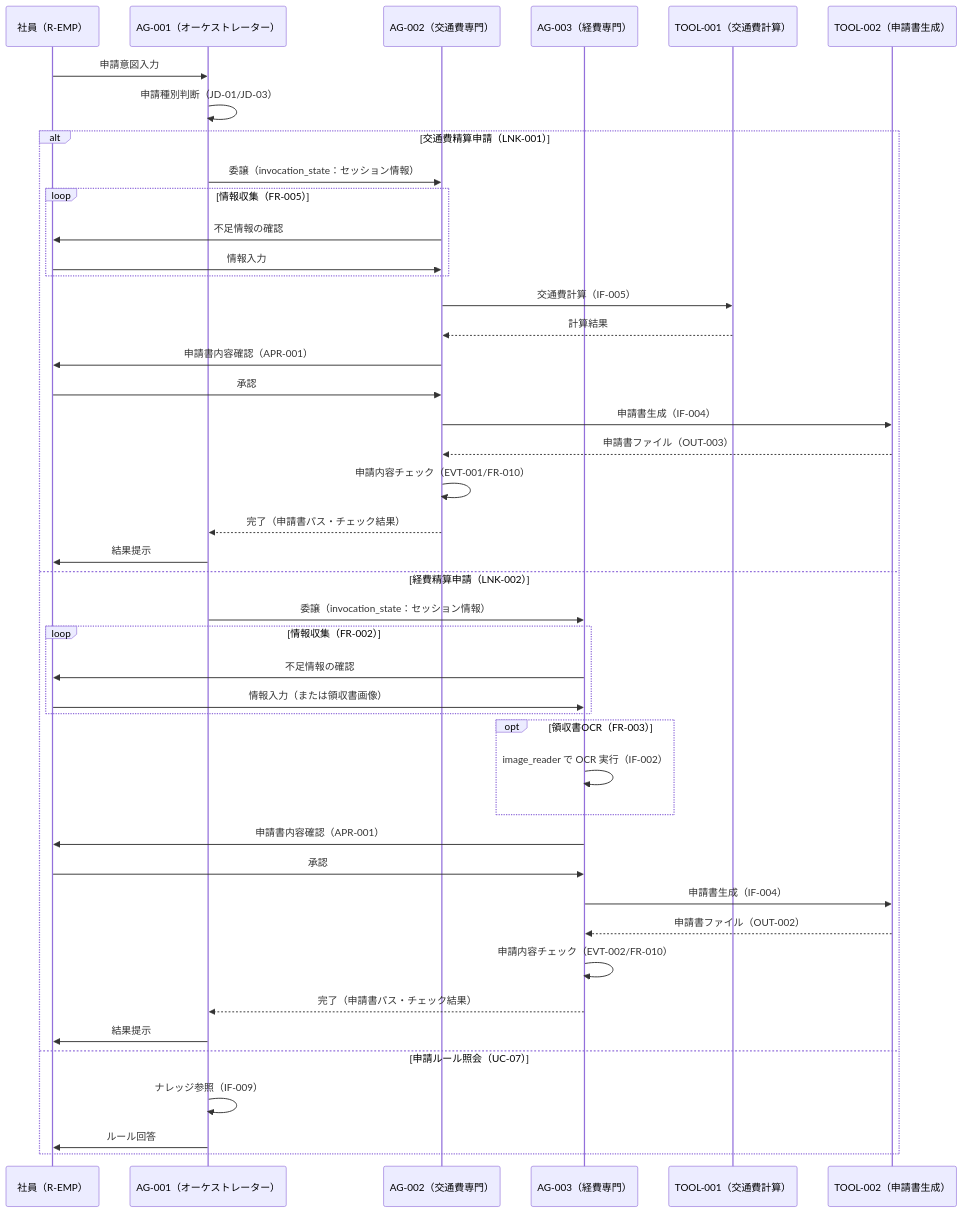
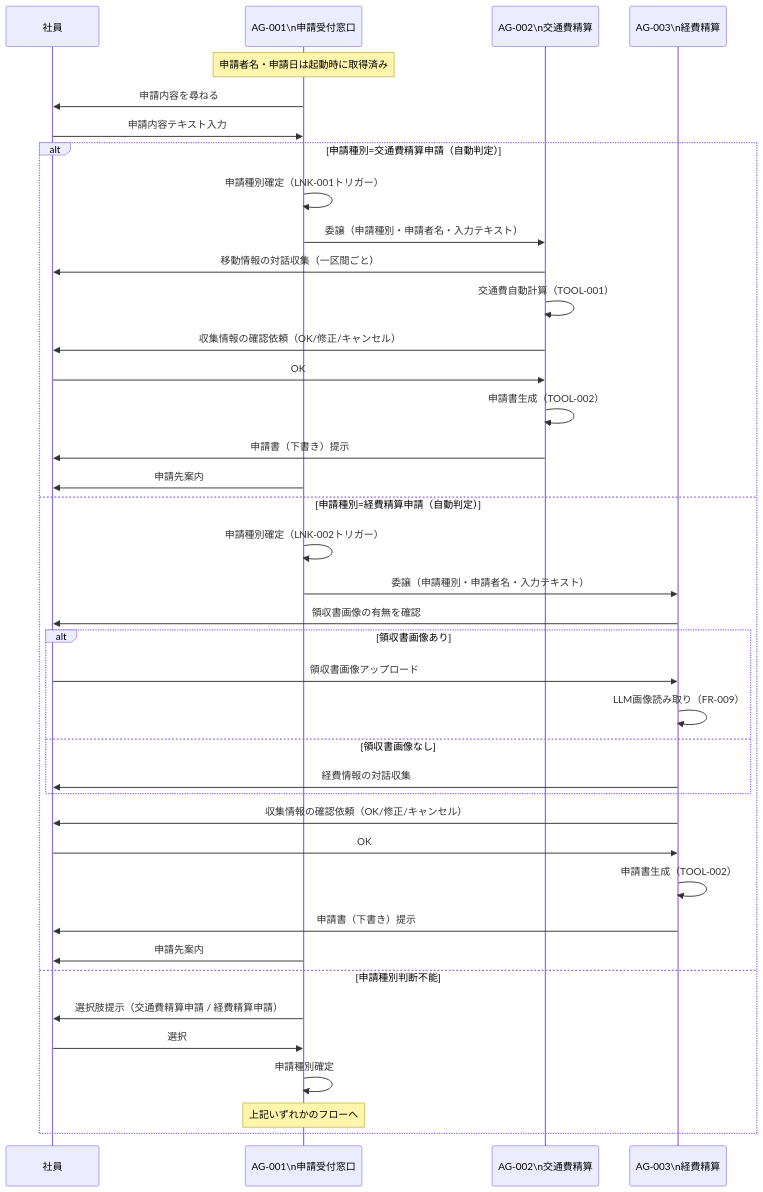
Before and after one commit to horii003/AIAgentBookCC: the diagram in artifacts/03_system-design/outputs/マルチエージェント連携設計.md, drawn with Mermaid. The commit also changed other lines of this file and 337 other files, not shown here.

````diff
--- a/artifacts/03_system-design/outputs/マルチエージェント連携設計.md
+++ b/artifacts/03_system-design/outputs/マルチエージェント連携設計.md
@@ -321,50 +310,43 @@
 ```mermaid
 sequenceDiagram
-    participant User as 社員（R-EMP）
-    participant AG001 as AG-001（オーケストレーター）
-    participant AG002 as AG-002（交通費専門）
-    participant AG003 as AG-003（経費専門）
-    participant TOOL001 as TOOL-001（交通費計算）
-    participant TOOL002 as TOOL-002（申請書生成）
+    participant 社員
+    participant AG001 as AG-001\n申請受付窓口
+    participant AG002 as AG-002\n交通費精算
+    participant AG003 as AG-003\n経費精算
 
-    User->>AG001: 申請意図入力
-    AG001->>AG001: 申請種別判断（JD-01/JD-03）
+    Note over AG001: 申請者名・申請日は起動時に取得済み
+    AG001->>社員: 申請内容を尋ねる
+    社員->>AG001: 申請内容テキスト入力
 
-    alt 交通費精算申請（LNK-001）
-        AG001->>AG002: 委譲（invocation_state：セッション情報）
-        loop 情報収集（FR-005）
-            AG002->>User: 不足情報の確認
-            User->>AG002: 情報入力
+    alt 申請種別=交通費精算申請（自動判定）
+        AG001->>AG001: 申請種別確定（LNK-001トリガー）
+        AG001->>AG002: 委譲（申請種別・申請者名・入力テキスト）
+        AG002->>社員: 移動情報の対話収集（一区間ごと）
+        AG002->>AG002: 交通費自動計算（TOOL-001）
+        AG002->>社員: 収集情報の確認依頼（OK/修正/キャンセル）
+        社員->>AG002: OK
+        AG002->>AG002: 申請書生成（TOOL-002）
+        AG002->>社員: 申請書（下書き）提示
+        AG001->>社員: 申請先案内
+    else 申請種別=経費精算申請（自動判定）
+        AG001->>AG001: 申請種別確定（LNK-002トリガー）
+        AG001->>AG003: 委譲（申請種別・申請者名・入力テキスト）
+        AG003->>社員: 領収書画像の有無を確認
+        alt 領収書画像あり
+            社員->>AG003: 領収書画像アップロード
+            AG003->>AG003: LLM画像読み取り（FR-009）
+        else 領収書画像なし
+            AG003->>社員: 経費情報の対話収集
         end
-        AG002->>TOOL001: 交通費計算（IF-005）
-        TOOL001-->>AG002: 計算結果
-        AG002->>User: 申請書内容確認（APR-001）
-        User->>AG002: 承認
-        AG002->>TOOL002: 申請書生成（IF-004）
-        TOOL002-->>AG002: 申請書ファイル（OUT-003）
-        AG002->>AG002: 申請内容チェック（EVT-001/FR-010）
-        AG002-->>AG001: 完了（申請書パス・チェック結果）
-        AG001->>User: 結果提示
-
-    else 経費精算申請（LNK-002）
-        AG001->>AG003: 委譲（invocation_state：セッション情報）
-        loop 情報収集（FR-002）
-            AG003->>User: 不足情報の確認
-            User->>AG003: 情報入力（または領収書画像）
-        end
-        opt 領収書OCR（FR-003）
-            AG003->>AG003: image_reader で OCR 実行（IF-002）
-        end
-        AG003->>User: 申請書内容確認（APR-001）
-        User->>AG003: 承認
-        AG003->>TOOL002: 申請書生成（IF-004）
-        TOOL002-->>AG003: 申請書ファイル（OUT-002）
-        AG003->>AG003: 申請内容チェック（EVT-002/FR-010）
-        AG003-->>AG001: 完了（申請書パス・チェック結果）
-        AG001->>User: 結果提示
-
-    else 申請ルール照会（UC-07）
-        AG001->>AG001: ナレッジ参照（IF-009）
-        AG001->>User: ルール回答
+        AG003->>社員: 収集情報の確認依頼（OK/修正/キャンセル）
+        社員->>AG003: OK
+        AG003->>AG003: 申請書生成（TOOL-002）
+        AG003->>社員: 申請書（下書き）提示
+        AG001->>社員: 申請先案内
+    else 申請種別判断不能
+        AG001->>社員: 選択肢提示（交通費精算申請 / 経費精算申請）
+        社員->>AG001: 選択
+        AG001->>AG001: 申請種別確定
+        note over AG001: 上記いずれかのフローへ
     end
 ```
````
